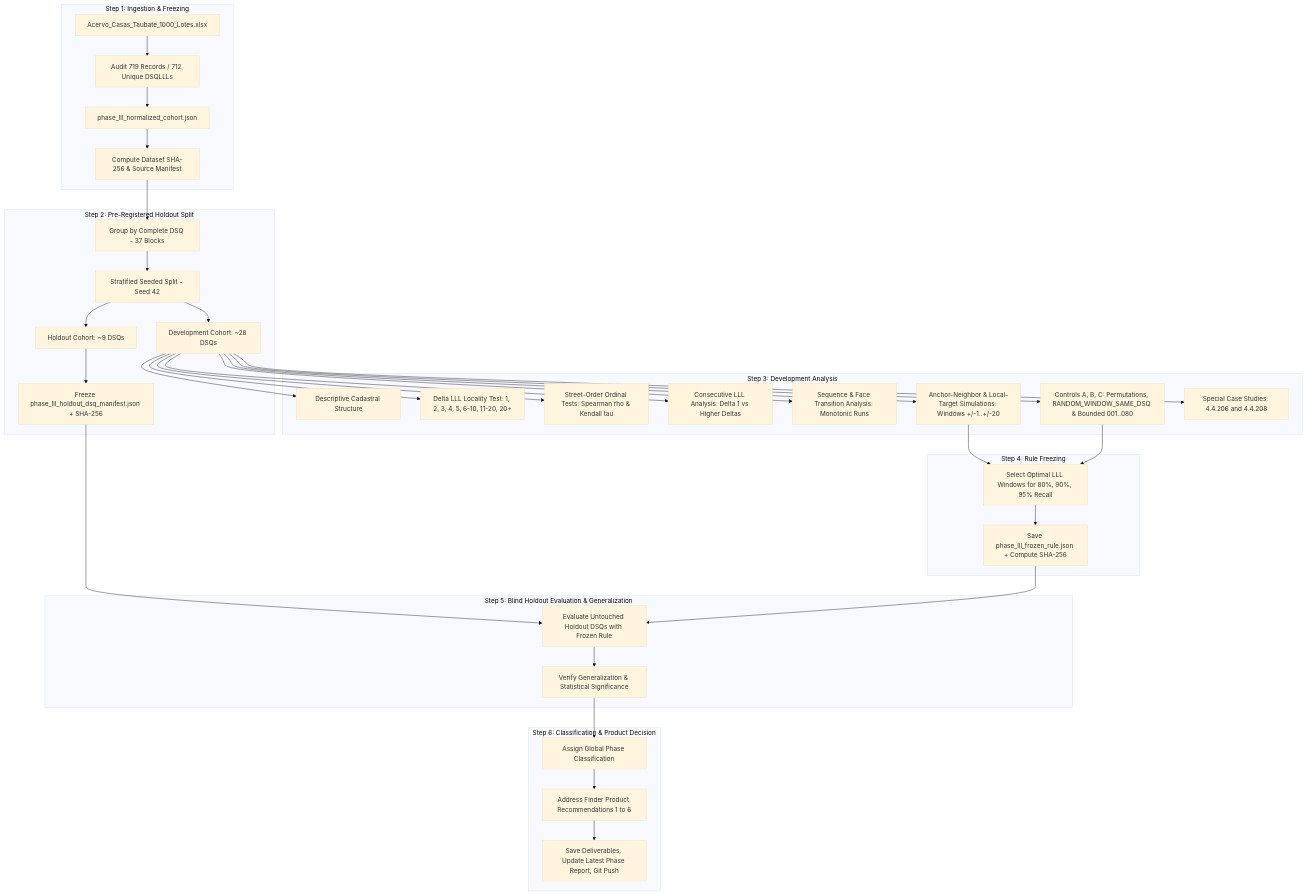
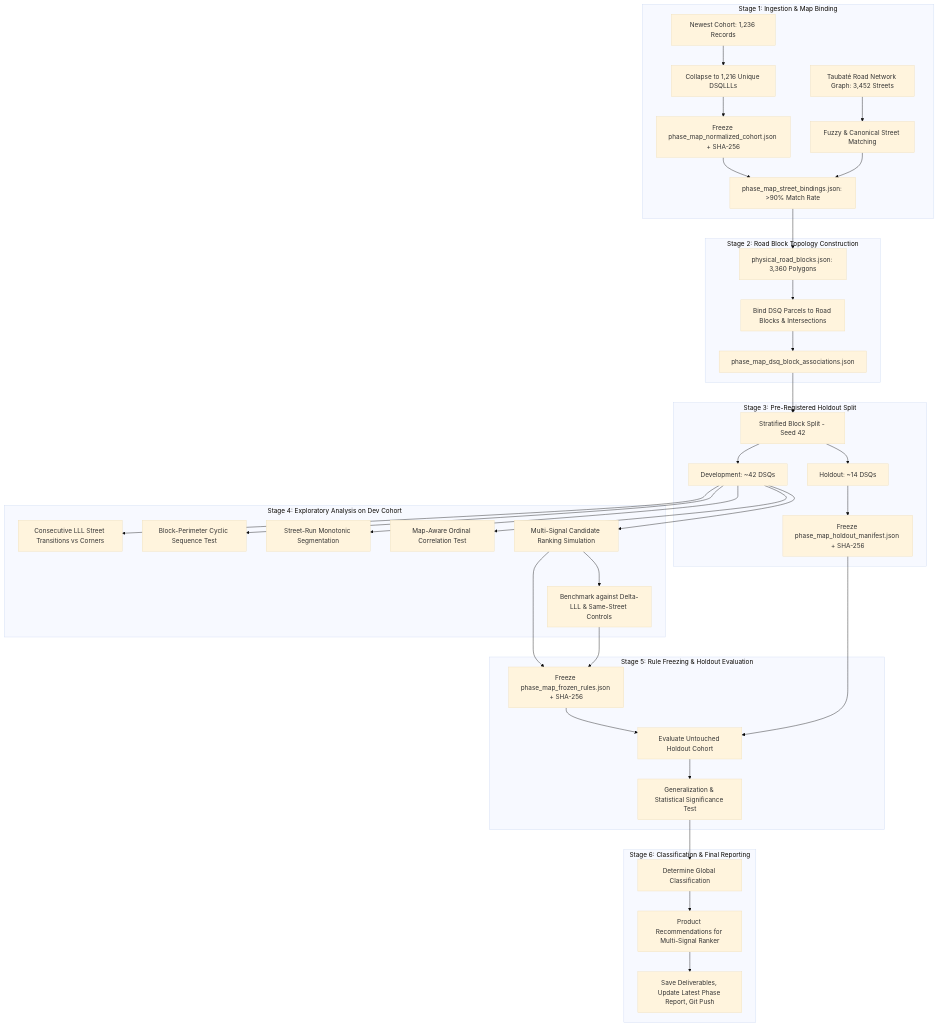
One commit to mlapidotome/ultraviolet-quasar changed the diagram in brain/address_finder/LATEST_IMPLEMENTATION_PLAN.md. Above: the diagram before and after it, drawn with Mermaid (base theme). The commit also changed other lines of this file, not shown here.

Commit message:
docs(plan): freeze Map-Aware LLL Block-Perimeter Validation implementation plan

````diff
--- a/brain/address_finder/LATEST_IMPLEMENTATION_PLAN.md
+++ b/brain/address_finder/LATEST_IMPLEMENTATION_PLAN.md
@@ -47,43 +49,43 @@
 ```mermaid
 graph TD
-    subgraph Step 1: Ingestion & Freezing
-        A1[Acervo_Casas_Taubate_1000_Lotes.xlsx] --> A2[Audit 719 Records / 712 Unique DSQLLLs]
-        A2 --> A3[phase_lll_normalized_cohort.json]
-        A3 --> A4[Compute Dataset SHA-256 & Source Manifest]
+    subgraph Stage 1: Ingestion & Map Binding
+        A1[Newest Cohort: 1,236 Records] --> A2[Collapse to 1,216 Unique DSQLLLs]
+        A2 --> A3[Freeze phase_map_normalized_cohort.json + SHA-256]
+        A4[Taubaté Road Network Graph: 3,452 Streets] --> B1[Fuzzy & Canonical Street Matching]
+        A3 & B1 --> B2[phase_map_street_bindings.json: >90% Match Rate]
     end
 
-    subgraph Step 2: Pre-Registered Holdout Split
-        A4 --> B1[Group by Complete DSQ - 37 Blocks]
-        B1 --> B2[Stratified Seeded Split - Seed 42]
-        B2 --> B3[Development Cohort: ~28 DSQs]
-        B2 --> B4[Holdout Cohort: ~9 DSQs]
-        B4 --> B5[Freeze phase_lll_holdout_dsq_manifest.json + SHA-256]
+    subgraph Stage 2: Road Block Topology Construction
+        B2 --> C1[physical_road_blocks.json: 3,360 Polygons]
+        C1 --> C2[Bind DSQ Parcels to Road Blocks & Intersections]
+        C2 --> C3[phase_map_dsq_block_associations.json]
     end
 
-    subgraph Step 3: Development Analysis
-        B3 --> C1[Descriptive Cadastral Structure]
-        B3 --> C2[Delta LLL Locality Test: 1, 2, 3, 4, 5, 6-10, 11-20, 20+]
-        B3 --> C3[Street-Order Ordinal Tests: Spearman rho & Kendall tau]
-        B3 --> C4[Consecutive LLL Analysis: Delta 1 vs Higher Deltas]
-        B3 --> C5[Sequence & Face Transition Analysis: Monotonic Runs]
-        B3 --> C6[Anchor-Neighbor & Local-Target Simulations: Windows +/-1..+/-20]
-        B3 --> C7[Controls A, B, C: Permutations, RANDOM_WINDOW_SAME_DSQ & Bounded 001..080]
-        B3 --> C8[Special Case Studies: 4.4.206 and 4.4.208]
+    subgraph Stage 3: Pre-Registered Holdout Split
+        C3 --> D1[Stratified Block Split - Seed 42]
+        D1 --> D2[Development: ~42 DSQs]
+        D1 --> D3[Holdout: ~14 DSQs]
+        D3 --> D4[Freeze phase_map_holdout_manifest.json + SHA-256]
     end
 
-    subgraph Step 4: Rule Freezing
-        C6 & C7 --> D1[Select Optimal LLL Windows for 80%, 90%, 95% Recall]
-        D1 --> D2[Save phase_lll_frozen_rule.json + Compute SHA-256]
+    subgraph Stage 4: Exploratory Analysis on Dev Cohort
+        D2 --> E1[Consecutive LLL Street Transitions vs Corners]
+        D2 --> E2[Block-Perimeter Cyclic Sequence Test]
+        D2 --> E3[Street-Run Monotonic Segmentation]
+        D2 --> E4[Map-Aware Ordinal Correlation Test]
+        D2 --> E5[Multi-Signal Candidate Ranking Simulation]
+        E5 --> E6[Benchmark against Delta-LLL & Same-Street Controls]
     end
 
-    subgraph Step 5: Blind Holdout Evaluation & Generalization
-        B5 & D2 --> E1[Evaluate Untouched Holdout DSQs with Frozen Rule]
-        E1 --> E2[Verify Generalization & Statistical Significance]
+    subgraph Stage 5: Rule Freezing & Holdout Evaluation
+        E5 & E6 --> F1[Freeze phase_map_frozen_rules.json + SHA-256]
+        F1 & D4 --> G1[Evaluate Untouched Holdout Cohort]
+        G1 --> G2[Generalization & Statistical Significance Test]
     end
 
-    subgraph Step 6: Classification & Product Decision
-        E2 --> F1[Assign Global Phase Classification]
-        F1 --> F2[Address Finder Product Recommendations 1 to 6]
-        F2 --> F3[Save Deliverables, Update Latest Phase Report, Git Push]
+    subgraph Stage 6: Classification & Final Reporting
+        G2 --> H1[Determine Global Classification]
+        H1 --> H2[Product Recommendations for Multi-Signal Ranker]
+        H2 --> H3[Save Deliverables, Update Latest Phase Report, Git Push]
     end
 ```
````
